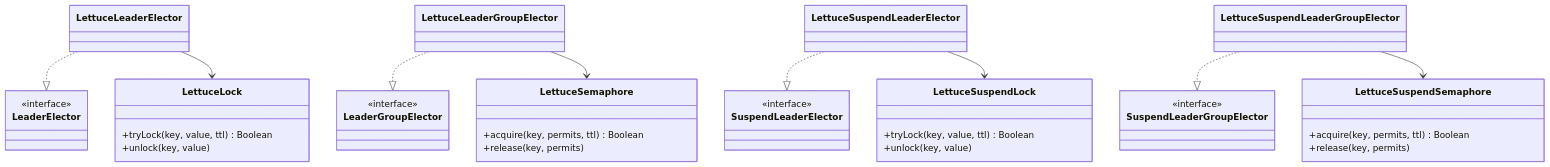
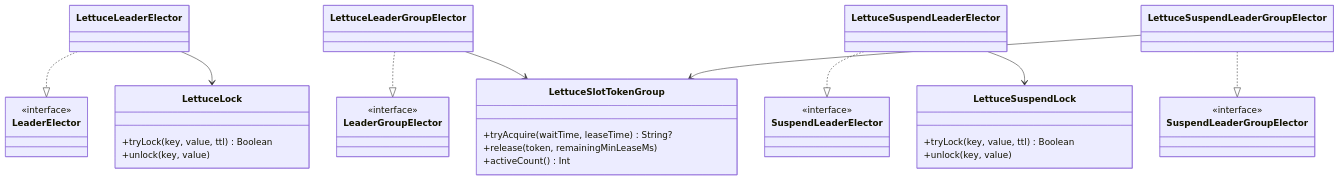
The first of 3 diagrams in leader-redis-lettuce/README.md (bluetape4k/bluetape4k-leader), drawn with Mermaid before and after one commit. The commit also changed other lines of this file and 19 other files, not shown here.

First line of the commit message:
feat(leader-redis): #151 Redis group minLeaseTime slot-token TTL 재설계 (#170)

````diff
--- a/leader-redis-lettuce/README.md
+++ b/leader-redis-lettuce/README.md
@@ -17,42 +21,39 @@
 ```mermaid
 classDiagram
     class LeaderElector {
         <<interface>>
     }
     class LeaderGroupElector {
         <<interface>>
     }
     class SuspendLeaderElector {
         <<interface>>
     }
     class SuspendLeaderGroupElector {
         <<interface>>
     }
 
     class LettuceLock {
         +tryLock(key, value, ttl) Boolean
         +unlock(key, value)
     }
-    class LettuceSemaphore {
-        +acquire(key, permits, ttl) Boolean
-        +release(key, permits)
+    class LettuceSlotTokenGroup {
+        +tryAcquire(waitTime, leaseTime) String?
+        +release(token, remainingMinLeaseMs)
+        +activeCount() Int
     }
     class LettuceSuspendLock {
         +tryLock(key, value, ttl) Boolean
         +unlock(key, value)
-    }
-    class LettuceSuspendSemaphore {
-        +acquire(key, permits, ttl) Boolean
-        +release(key, permits)
     }
 
     LettuceLeaderElector ..|> LeaderElector
     LettuceLeaderGroupElector ..|> LeaderGroupElector
     LettuceSuspendLeaderElector ..|> SuspendLeaderElector
     LettuceSuspendLeaderGroupElector ..|> SuspendLeaderGroupElector
 
     LettuceLeaderElector --> LettuceLock
-    LettuceLeaderGroupElector --> LettuceSemaphore
+    LettuceLeaderGroupElector --> LettuceSlotTokenGroup
     LettuceSuspendLeaderElector --> LettuceSuspendLock
-    LettuceSuspendLeaderGroupElector --> LettuceSuspendSemaphore
+    LettuceSuspendLeaderGroupElector --> LettuceSlotTokenGroup
 ```
````
